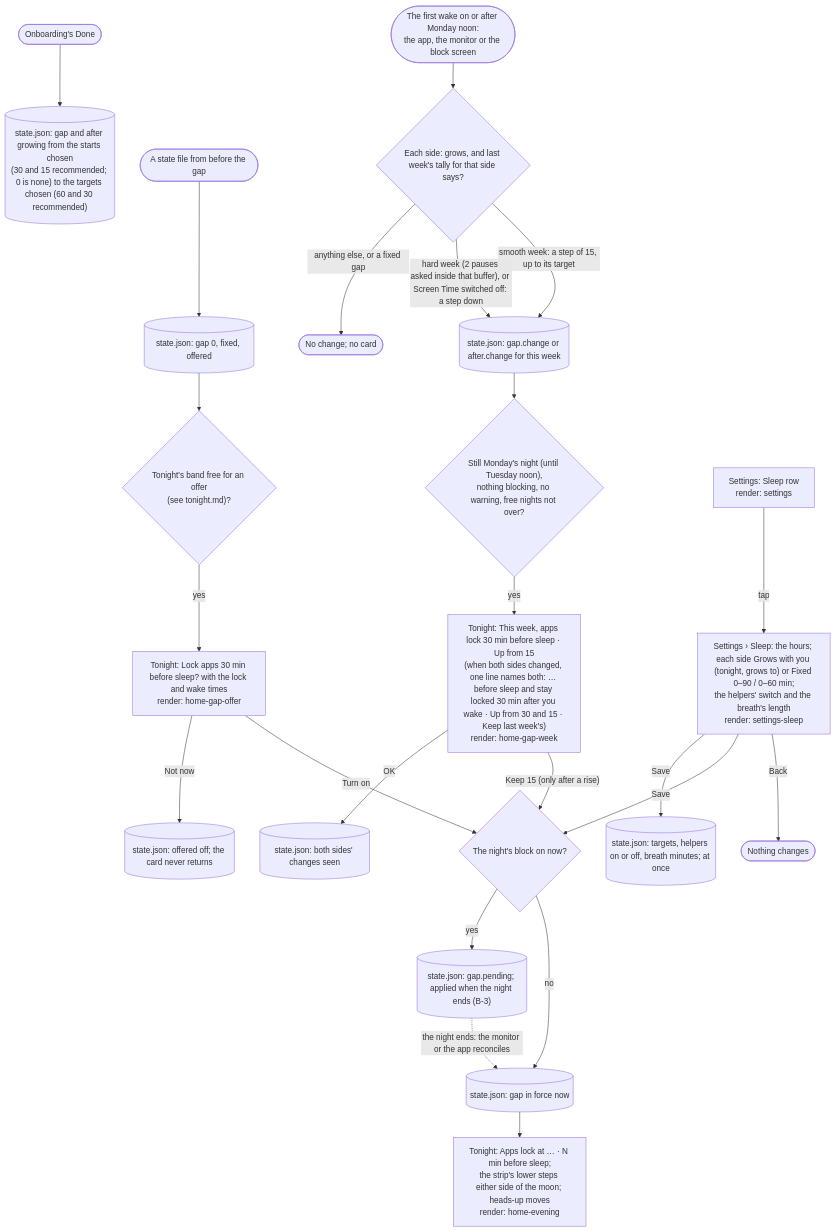
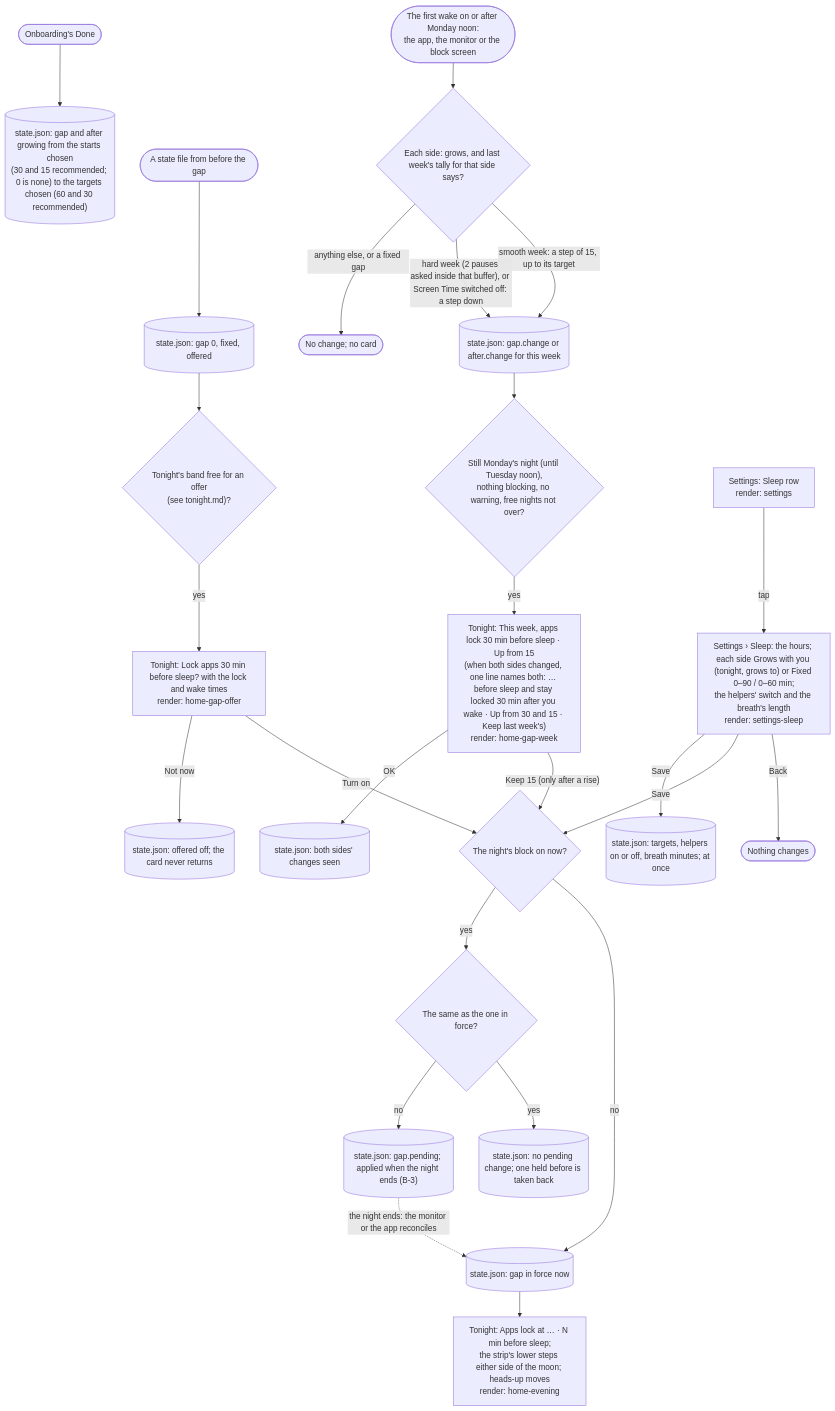
Before and after one commit to adit-rah/toll: the first of 2 diagrams in docs/flows/before-bed.md, drawn with Mermaid. The commit also changed other lines of this file and 9 other files, not shown here.

First line of the commit message:
Flows and design for the polish: pause, purchase, map, Tonight, buffers, renders (#124, #129, #135, #141, #151)

````diff
--- a/docs/flows/before-bed.md
+++ b/docs/flows/before-bed.md
@@ -11,30 +11,32 @@
 ```mermaid
 flowchart TD
   newInstall(["Onboarding's Done"]) --> grows15[("state.json: gap and after growing from the starts chosen<br/>(30 and 15 recommended; 0 is none) to the targets chosen (60 and 30 recommended)")]
   olderInstall(["A state file from before the gap"]) --> existing[("state.json: gap 0, fixed, offered")]
   existing --> offerCheck{"Tonight's band free for an offer<br/>(see tonight.md)?"}
   offerCheck -->|"yes"| offerCard["Tonight: Lock apps 30 min before sleep? with the lock and wake times<br/>render: home-gap-offer"]
   offerCard -->|"Turn on"| setGap
   offerCard -->|"Not now"| offerGone[("state.json: offered off; the card never returns")]
 
   monday(["The first wake on or after Monday noon:<br/>the app, the monitor or the block screen"]) --> judge{"Each side: grows, and last week's tally for that side says?"}
   judge -->|"smooth week: a step of 15, up to its target"| changed[("state.json: gap.change or after.change for this week")]
   judge -->|"hard week (2 pauses asked inside that buffer), or Screen Time switched off: a step down"| changed
   judge -->|"anything else, or a fixed gap"| hold(["No change; no card"])
   changed --> weekCard{"Still Monday's night (until Tuesday noon),<br/>nothing blocking, no warning, free nights not over?"}
   weekCard -->|"yes"| gapWeek["Tonight: This week, apps lock 30 min before sleep · Up from 15<br/>(when both sides changed, one line names both: … before sleep and stay locked 30 min after you wake · Up from 30 and 15 · Keep last week's)<br/>render: home-gap-week"]
   gapWeek -->|"Keep 15 (only after a rise)"| setGap
   gapWeek -->|"OK"| seen[("state.json: both sides' changes seen")]
 
   settings["Settings: Sleep row<br/>render: settings"]
   settings -->|"tap"| sheet["Settings › Sleep: the hours; each side Grows with you (tonight, grows to) or Fixed 0–90 / 0–60 min;<br/>the helpers' switch and the breath's length<br/>render: settings-sleep"]
   sheet -->|"Back"| unchanged(["Nothing changes"])
   sheet -->|"Save"| setGap
   sheet -->|"Save"| helpersNow[("state.json: targets, helpers on or off, breath minutes; at once")]
 
   setGap{"The night's block on now?"}
   setGap -->|"no"| applyNow[("state.json: gap in force now")]
-  setGap -->|"yes"| held[("state.json: gap.pending; applied when the night ends (B-3)")]
+  setGap -->|"yes"| sameGap{"The same as the one in force?"}
+  sameGap -->|"yes"| nothingHeld[("state.json: no pending change; one held before is taken back")]
+  sameGap -->|"no"| held[("state.json: gap.pending; applied when the night ends (B-3)")]
   applyNow --> lockMoves["Tonight: Apps lock at … · N min before sleep;<br/>the strip's lower steps either side of the moon; heads-up moves<br/>render: home-evening"]
   held -.->|"the night ends: the monitor or the app reconciles"| applyNow
 ```
````
